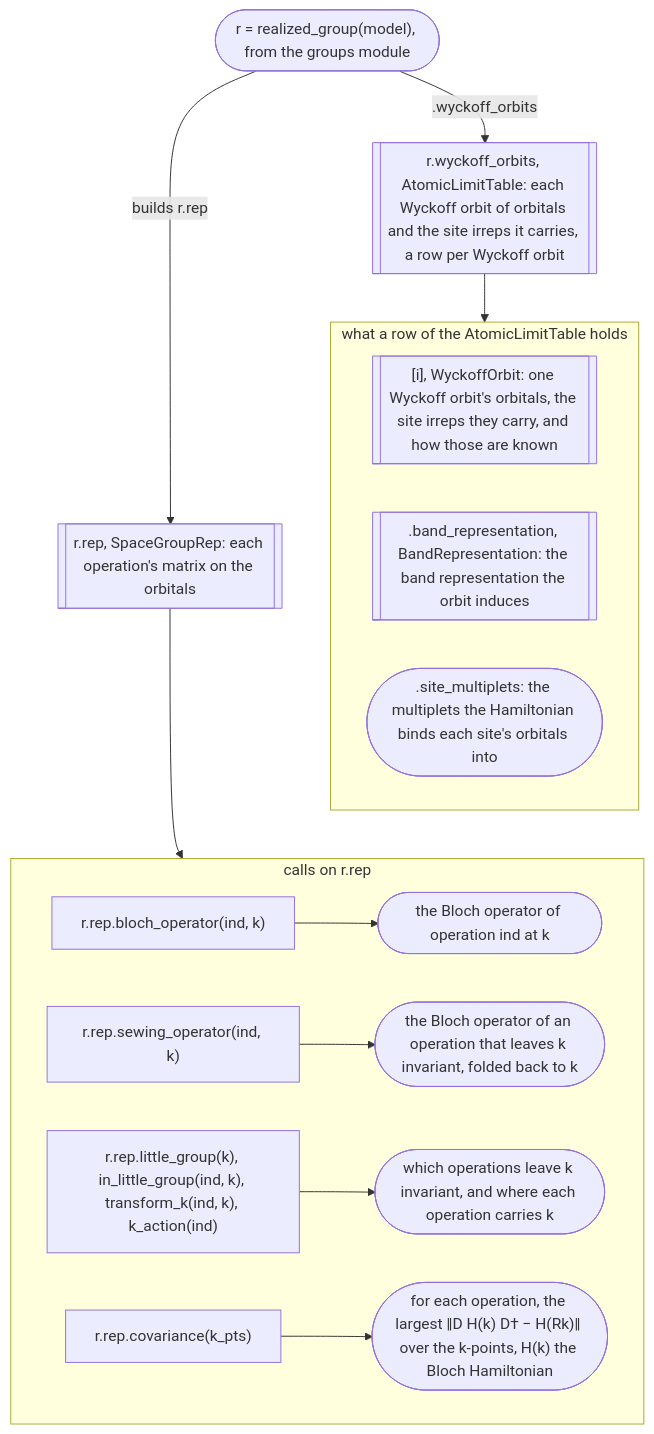
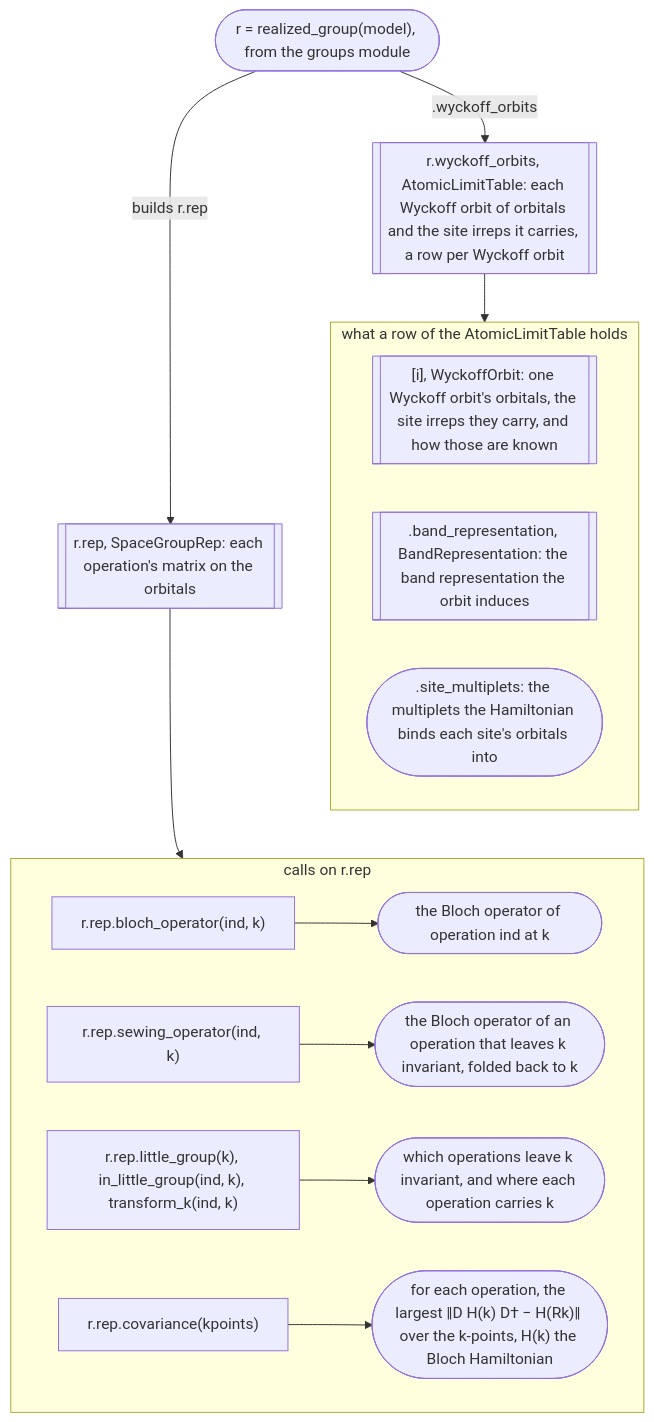
Before and after one commit to bbradlyn/pythtqc: the third of 8 diagrams in docs/background/modules.md, drawn with Mermaid. The commit also changed other lines of this file and 59 other files, not shown here.

````diff
--- a/docs/background/modules.md
+++ b/docs/background/modules.md
@@ -109,27 +109,27 @@
 ```mermaid
 flowchart TD
     s_realized(["r = realized_group(model), from the groups module"])
     s_rep[["r.rep, SpaceGroupRep: each operation's matrix on the orbitals"]]
     s_table[["r.wyckoff_orbits, AtomicLimitTable: each Wyckoff orbit of orbitals and the site irreps it carries, a row per Wyckoff orbit"]]
 
     s_realized -- "builds r.rep" --> s_rep
     s_realized -- ".wyckoff_orbits" --> s_table
     s_table --> s_parts
     s_rep --> s_calls
     s_parts ~~~ s_calls
 
     subgraph s_parts ["what a row of the AtomicLimitTable holds"]
         direction LR
         s_row[["[i], WyckoffOrbit: one Wyckoff orbit's orbitals, the site irreps they carry, and how those are known"]]
         s_br[[".band_representation, BandRepresentation: the band representation the orbit induces"]]
         s_mult([".site_multiplets: the multiplets the Hamiltonian binds each site's orbitals into"])
     end
 
     subgraph s_calls ["calls on r.rep"]
         direction LR
         s_bloch["r.rep.bloch_operator(ind, k)"] --> s_bloch_out(["the Bloch operator of operation ind at k"])
         s_sew["r.rep.sewing_operator(ind, k)"] --> s_sew_out(["the Bloch operator of an operation that leaves k invariant, folded back to k"])
-        s_little["r.rep.little_group(k), in_little_group(ind, k), transform_k(ind, k), k_action(ind)"] --> s_little_out(["which operations leave k invariant, and where each operation carries k"])
-        s_cov["r.rep.covariance(k_pts)"] --> s_cov_out(["for each operation, the largest ‖D H(k) D† − H(Rk)‖ over the k-points, H(k) the Bloch Hamiltonian"])
+        s_little["r.rep.little_group(k), in_little_group(ind, k), transform_k(ind, k)"] --> s_little_out(["which operations leave k invariant, and where each operation carries k"])
+        s_cov["r.rep.covariance(kpoints)"] --> s_cov_out(["for each operation, the largest ‖D H(k) D† − H(Rk)‖ over the k-points, H(k) the Bloch Hamiltonian"])
     end
 ```
````
